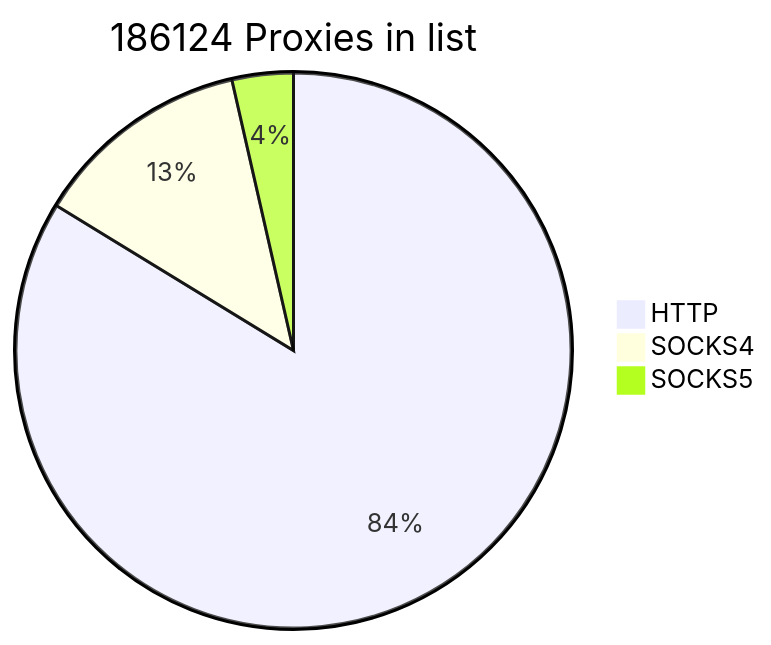
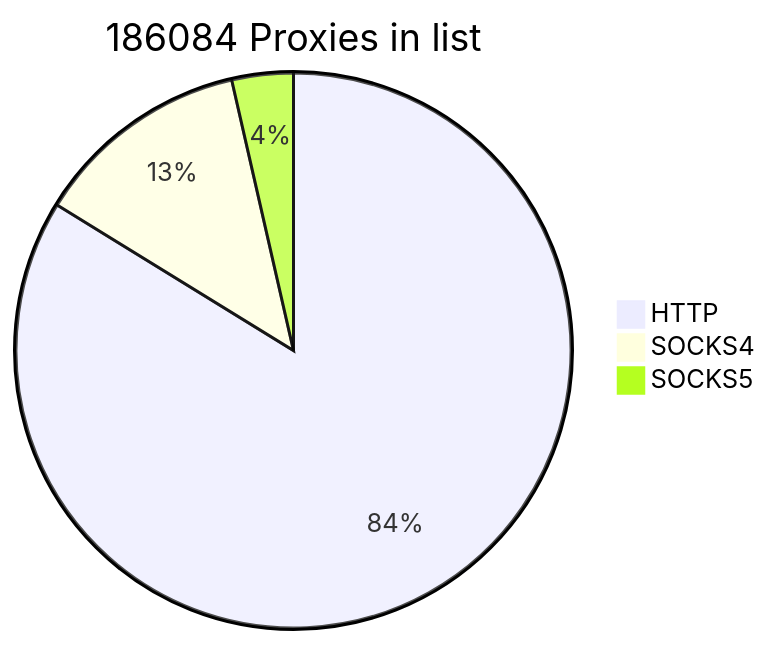
Before and after one commit to cutipu/proxylist: the first of 2 diagrams in README.md, drawn with Mermaid. The commit also changed other lines of this file, not shown here.

````diff
--- a/README.md
+++ b/README.md
@@ -2,7 +2,7 @@
 ```mermaid
-pie title 186124 Proxies in list
-    "HTTP" : 155853
-    "SOCKS4" : 23640
-    "SOCKS5" : 6631
+pie title 186084 Proxies in list
+    "HTTP" : 155903
+    "SOCKS4" : 23530
+    "SOCKS5" : 6651
             
 ```
````
